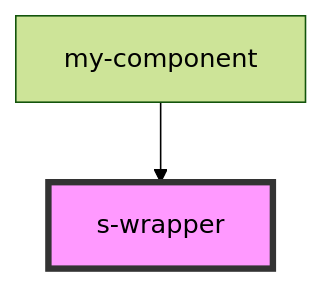
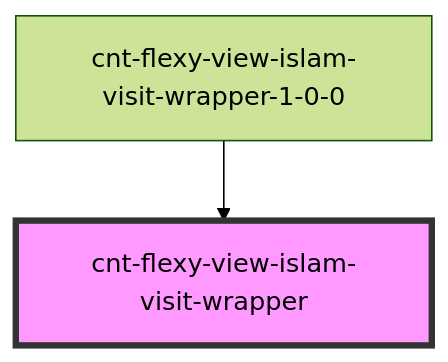
Before and after one commit to Muzagov/Visit: the diagram in src/components/cnt-flexy-view-islam-visit-wrapper-1-0-0/res/view/cnt-flexy-view-islam-visit-wrapper/readme.md, drawn with Mermaid (forest theme). The commit also changed other lines of this file and 19 other files, not shown here.

````diff
--- a/src/components/cnt-flexy-view-islam-visit-wrapper-1-0-0/res/view/cnt-flexy-view-islam-visit-wrapper/readme.md
+++ b/src/components/cnt-flexy-view-islam-visit-wrapper-1-0-0/res/view/cnt-flexy-view-islam-visit-wrapper/readme.md
@@ -22,5 +38,5 @@
 ```mermaid
 graph TD;
-  my-component --> s-wrapper
-  style s-wrapper fill:#f9f,stroke:#333,stroke-width:4px
+  cnt-flexy-view-islam-visit-wrapper-1-0-0 --> cnt-flexy-view-islam-visit-wrapper
+  style cnt-flexy-view-islam-visit-wrapper fill:#f9f,stroke:#333,stroke-width:4px
 ```
````
